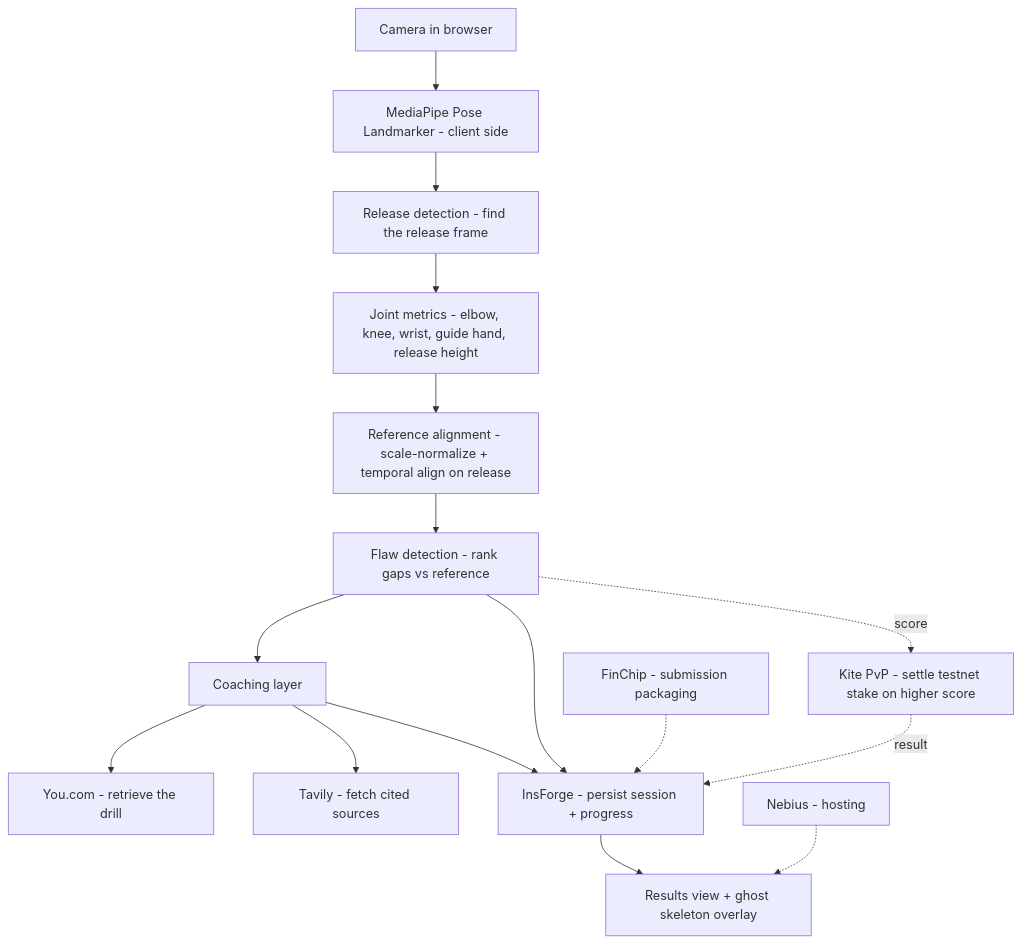
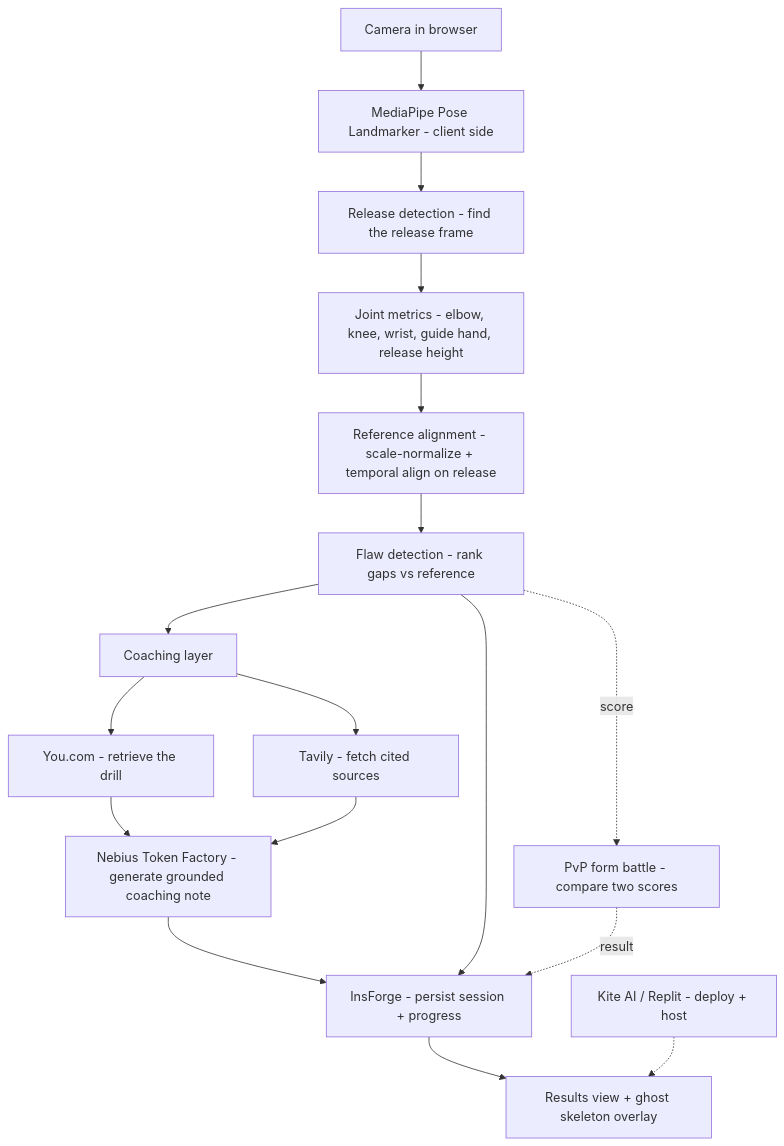
The diagram in docs/ARCHITECTURE.md (Ranj04/Ghost), drawn with Mermaid before and after one commit. The commit also changed other lines of this file and 1 other file, not shown here.

Commit message:
docs: refocus on real sponsor tools (You.com, Tavily, Nebius, InsForge, Trae)

````diff
--- a/docs/ARCHITECTURE.md
+++ b/docs/ARCHITECTURE.md
@@ -16,22 +16,24 @@
 ```mermaid
 flowchart TD
     cam[Camera in browser] --> pose[MediaPipe Pose Landmarker - client side]
     pose --> rel[Release detection - find the release frame]
     rel --> met[Joint metrics - elbow, knee, wrist, guide hand, release height]
     met --> align[Reference alignment - scale-normalize + temporal align on release]
     align --> flaw[Flaw detection - rank gaps vs reference]
+
     flaw --> coach[Coaching layer]
     coach --> you[You.com - retrieve the drill]
     coach --> tav[Tavily - fetch cited sources]
-    flaw --> persist[InsForge - persist session + progress]
-    coach --> persist
+    you --> gen[Nebius Token Factory - generate grounded coaching note]
+    tav --> gen
+    gen --> persist[InsForge - persist session + progress]
+    flaw --> persist
     persist --> results[Results view + ghost skeleton overlay]
 
-    %% Side branch: player-vs-player stake
-    flaw -. score .-> pvp[Kite PvP - settle testnet stake on higher score]
+    %% Side branch: player-vs-player score battle (local, no chain)
+    flaw -. score .-> pvp[PvP form battle - compare two scores]
     pvp -. result .-> persist
 
-    %% Infra / submission rails
-    deploy[Nebius - hosting] -.-> results
-    finchip[FinChip - submission packaging] -.-> persist
+    %% Deploy rail
+    deploy[Kite AI / Replit - deploy + host] -.-> results
 ```
````
